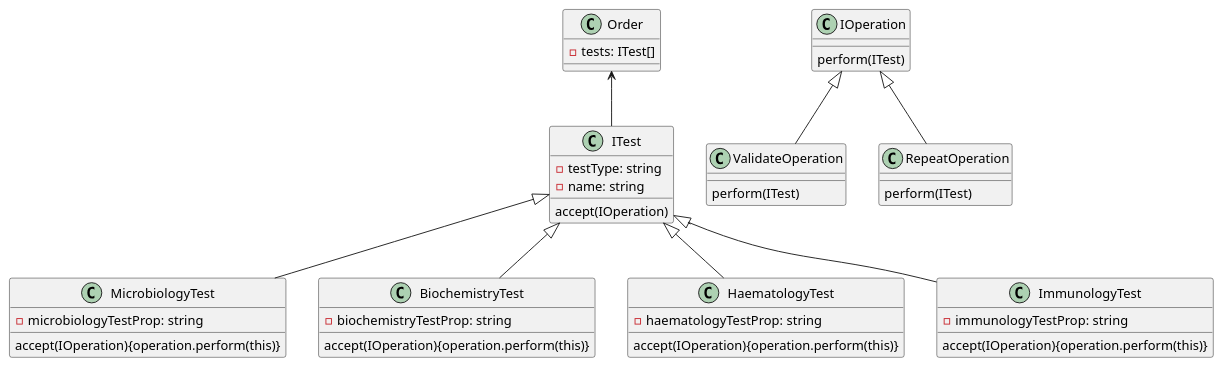
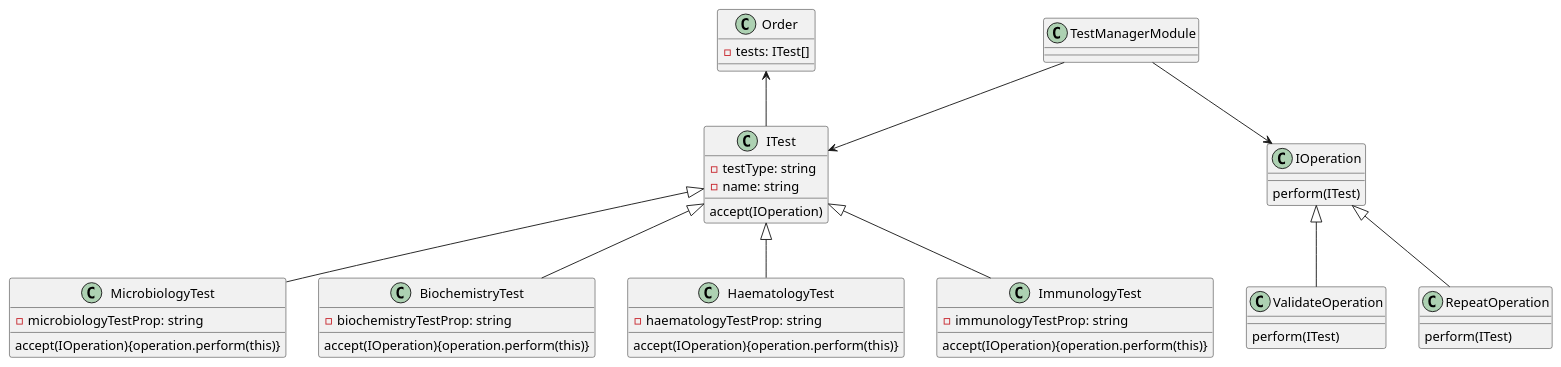
The diagram in Test Manager Module.puml (jacxon4/TestManagerModuleAssesment), drawn with PlantUML before and after one commit. The commit also changed 2 other files, not shown here.

Commit message:
Update diagram

```diff
--- a/Test Manager Module.puml
+++ b/Test Manager Module.puml
@@ -1,30 +1,32 @@
 @startuml
+TestManagerModule --> ITest
+TestManagerModule --> IOperation
 ITest <|-- MicrobiologyTest
 ITest <|-- BiochemistryTest
 ITest <|-- HaematologyTest
 ITest <|-- ImmunologyTest
 Order <-- ITest
 
 
 IOperation <|-- ValidateOperation
 IOperation <|-- RepeatOperation
 
 Order : - tests: ITest[]
 ITest : accept(IOperation)
 ITest : - testType: string
 ITest : - name: string
 MicrobiologyTest : - microbiologyTestProp: string
 MicrobiologyTest : accept(IOperation){operation.perform(this)}
 BiochemistryTest : - biochemistryTestProp: string
 BiochemistryTest : accept(IOperation){operation.perform(this)}
 HaematologyTest : - haematologyTestProp: string
 HaematologyTest : accept(IOperation){operation.perform(this)}
 ImmunologyTest : - immunologyTestProp: string
 ImmunologyTest : accept(IOperation){operation.perform(this)}
 
 IOperation : perform(ITest)
 ValidateOperation : perform(ITest)
 RepeatOperation : perform(ITest)
 
 
 @enduml
```
